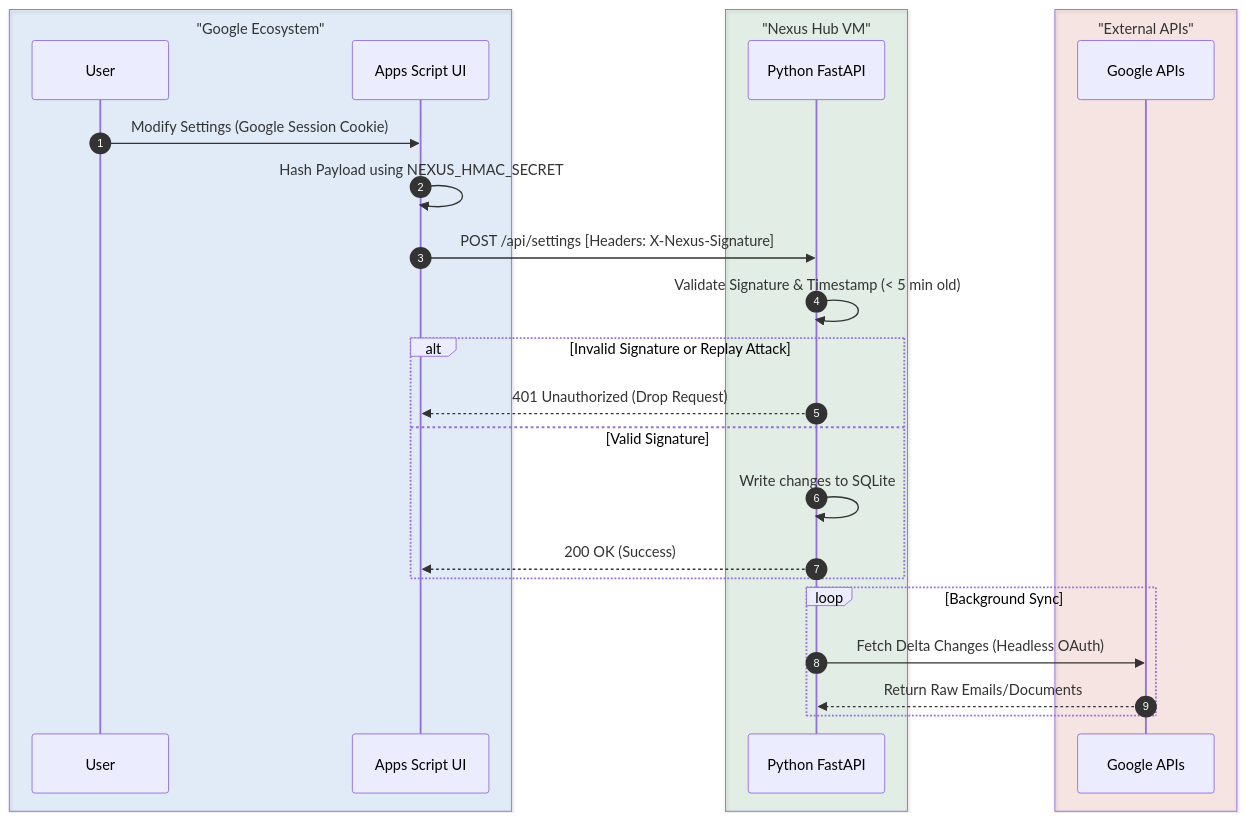
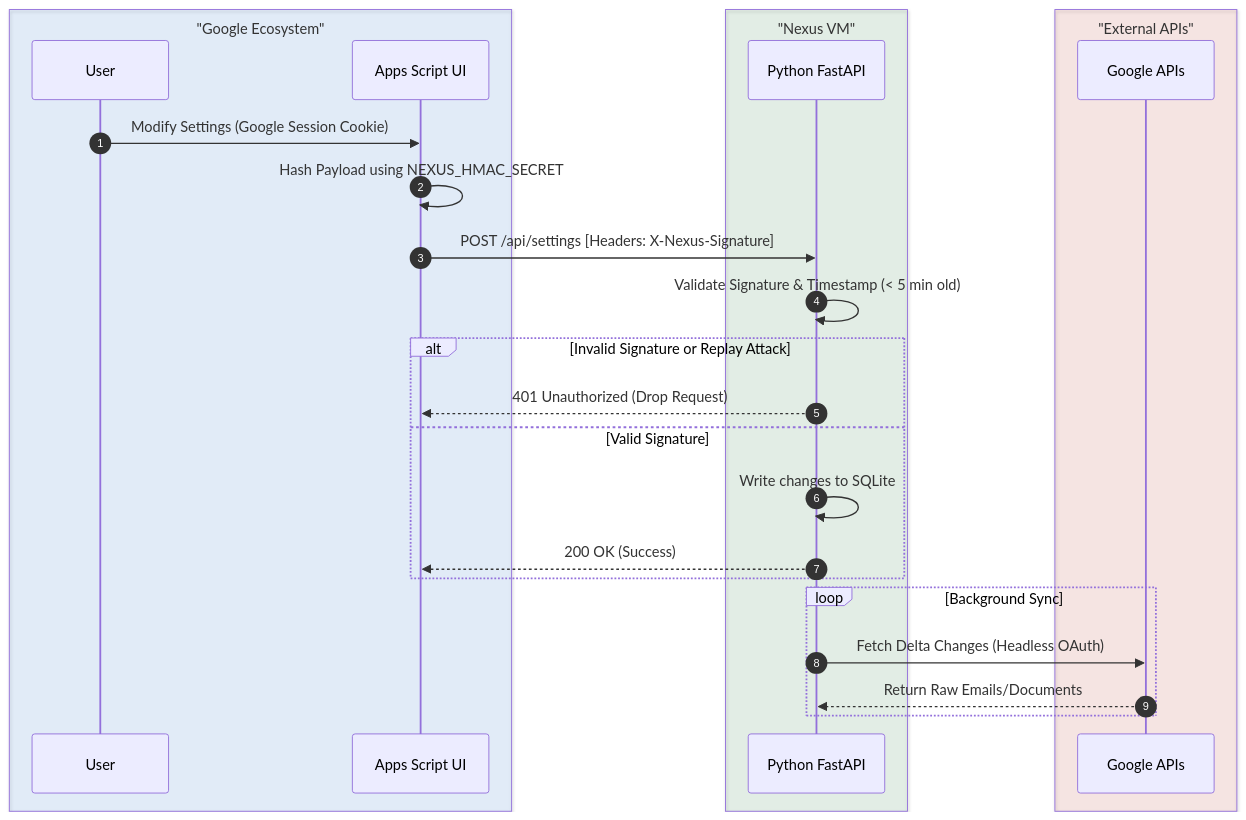
Before and after one commit to FrankXLT/Nexus-Hub-for-Google: the second of 6 diagrams in README.md, drawn with Mermaid. The commit also changed other lines of this file and 26 other files, not shown here.

First line of the commit message:
docs: rename Nexus Hub to Nexus for Google

````diff
--- a/README.md
+++ b/README.md
@@ -126,33 +126,33 @@
 ```mermaid
 sequenceDiagram
     autonumber
     box rgba(26, 115, 232, 0.1) "Google Ecosystem"
     participant User
     participant GAS as Apps Script UI
     end
     
-    box rgba(30, 142, 62, 0.1) "Nexus Hub VM"
+    box rgba(30, 142, 62, 0.1) "Nexus VM"
     participant VM as Python FastAPI
     end
     
     box rgba(217, 48, 37, 0.1) "External APIs"
     participant Workspace as Google APIs
     end
 
     User->>GAS: Modify Settings (Google Session Cookie)
     GAS->>GAS: Hash Payload using NEXUS_HMAC_SECRET
     GAS->>VM: POST /api/settings [Headers: X-Nexus-Signature]
     
     VM->>VM: Validate Signature & Timestamp (< 5 min old)
     alt Invalid Signature or Replay Attack
         VM-->>GAS: 401 Unauthorized (Drop Request)
     else Valid Signature
         VM->>VM: Write changes to SQLite
         VM-->>GAS: 200 OK (Success)
     end
     
     loop Background Sync
         VM->>Workspace: Fetch Delta Changes (Headless OAuth)
         Workspace-->>VM: Return Raw Emails/Documents
     end
 ```
````
